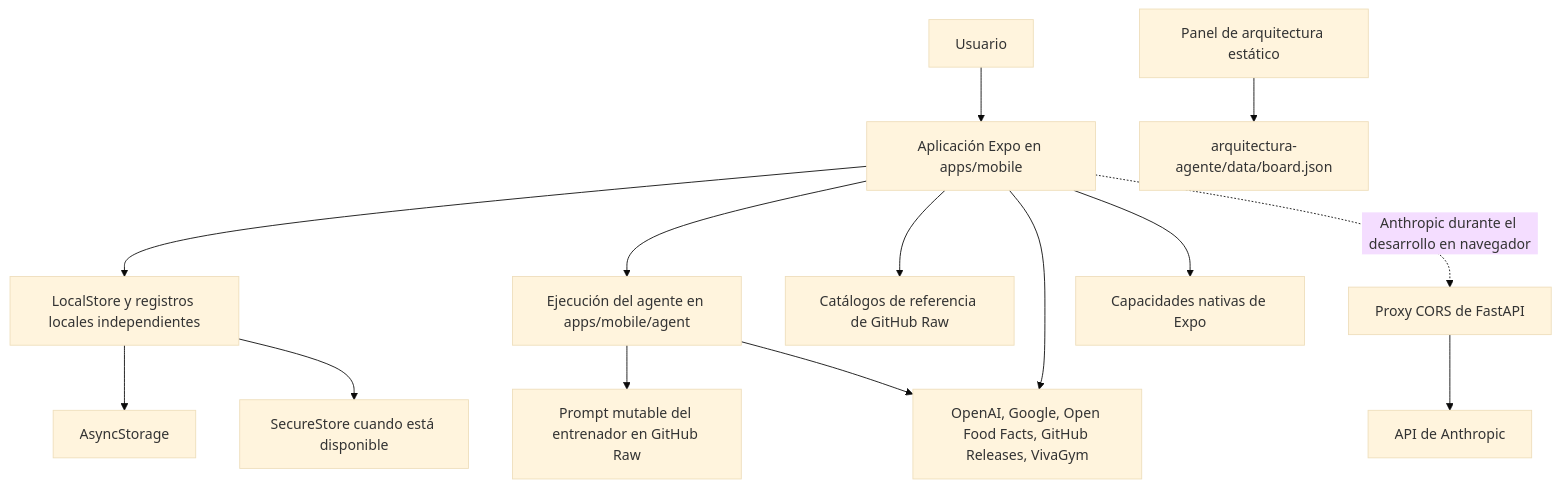
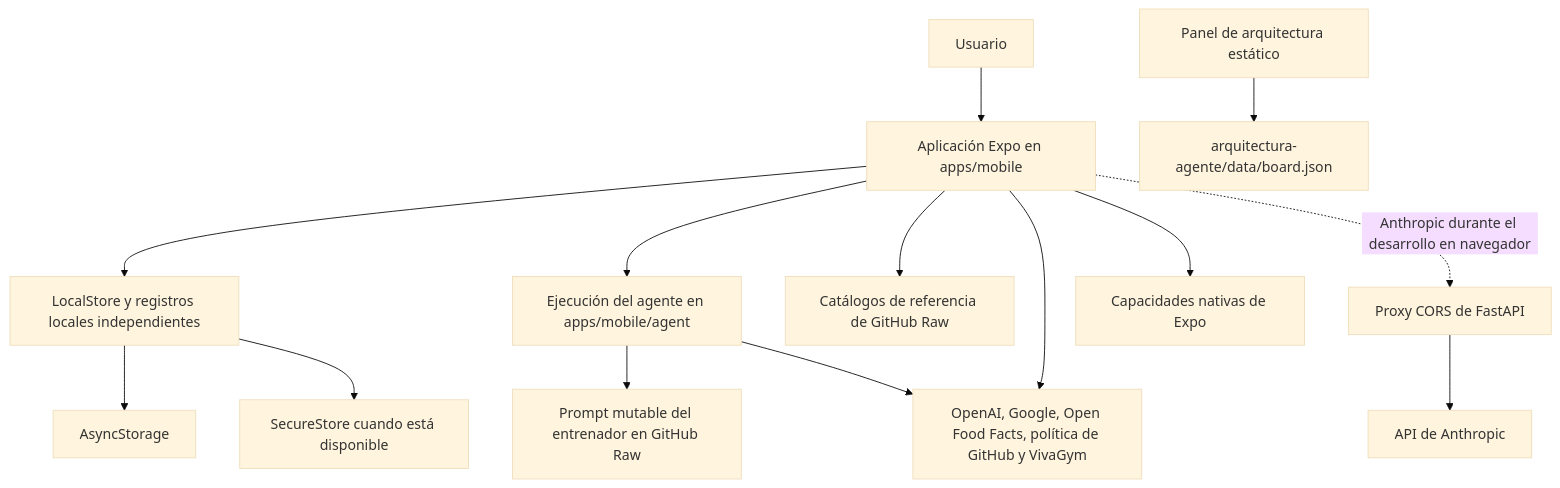
One commit to maximofn/gymnasia changed the diagram in openwiki/architecture/overview.md. Above: the diagram before and after it, drawn with Mermaid (base theme). The commit also changed other lines of this file and 23 other files, not shown here.

Commit message:
fix(mobile): remove GitHub APK updater

````diff
--- a/openwiki/architecture/overview.md
+++ b/openwiki/architecture/overview.md
@@ -16,16 +16,16 @@
 ```mermaid
 flowchart TD
     User["Usuario"] --> Shell["Aplicación Expo en apps/mobile"]
     Shell --> State["LocalStore y registros locales independientes"]
     State --> AS["AsyncStorage"]
     State --> SS["SecureStore cuando está disponible"]
     Shell --> Agent["Ejecución del agente en apps/mobile/agent"]
     Shell --> Catalogs["Catálogos de referencia de GitHub Raw"]
     Agent --> Prompt["Prompt mutable del entrenador en GitHub Raw"]
-    Shell --> APIs["OpenAI, Google, Open Food Facts, GitHub Releases, VivaGym"]
+    Shell --> APIs["OpenAI, Google, Open Food Facts, política de GitHub y VivaGym"]
     Agent --> APIs
     Shell --> Native["Capacidades nativas de Expo"]
     Shell -. "Anthropic durante el desarrollo en navegador" .-> Proxy["Proxy CORS de FastAPI"]
     Proxy --> Anthropic["API de Anthropic"]
     Board["Panel de arquitectura estático"] --> BoardData["arquitectura-agente/data/board.json"]
 ```
````
